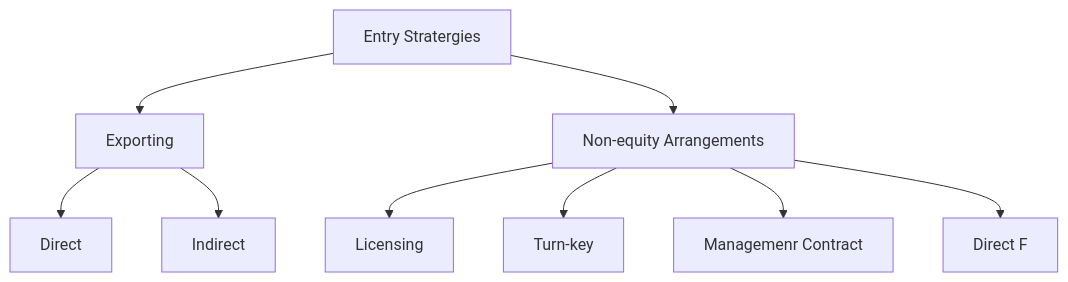
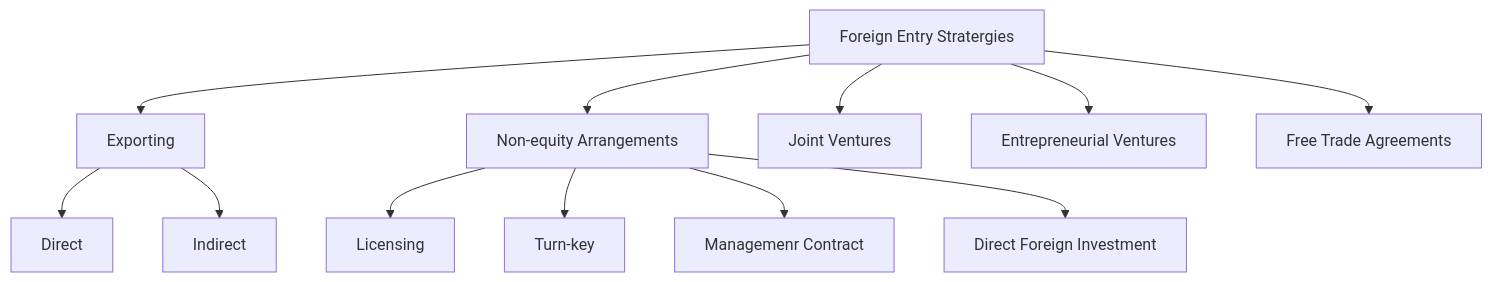
The diagram in IV/IIPME/IIPME II.md (random-goose/Notes-Vault), drawn with Mermaid before and after one commit. The commit also changed 1 other file, not shown here.

Commit message:
vault backup: 2024-07-17 18:08:02

````diff
--- a/IV/IIPME/IIPME II.md
+++ b/IV/IIPME/IIPME II.md
@@ -3,12 +3,14 @@
 ```mermaid
 graph TD
-	A[Entry Stratergies] --> B[Exporting]
+	A[Foreign Entry Stratergies] --> B[Exporting]
 	B --> C[Direct]
 	B --> D[Indirect]
 	A --> E[Non-equity Arrangements]
 	E --> F[Licensing]
 	E --> G[Turn-key]
 	E --> H[Managemenr Contract]
-	E --> I[Direct F]
-	
+	E --> I[Direct Foreign Investment]
+	A --> J[Joint Ventures]
+	A --> K[Entrepreneurial Ventures]
+	A --> M[Free Trade Agreements]
 ```
````
